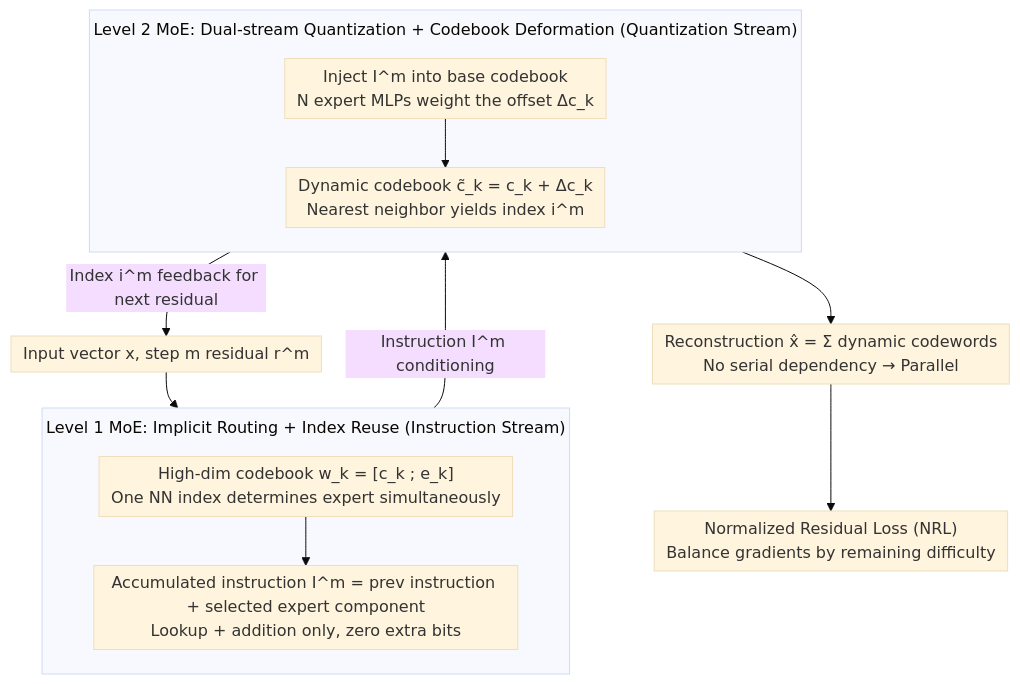
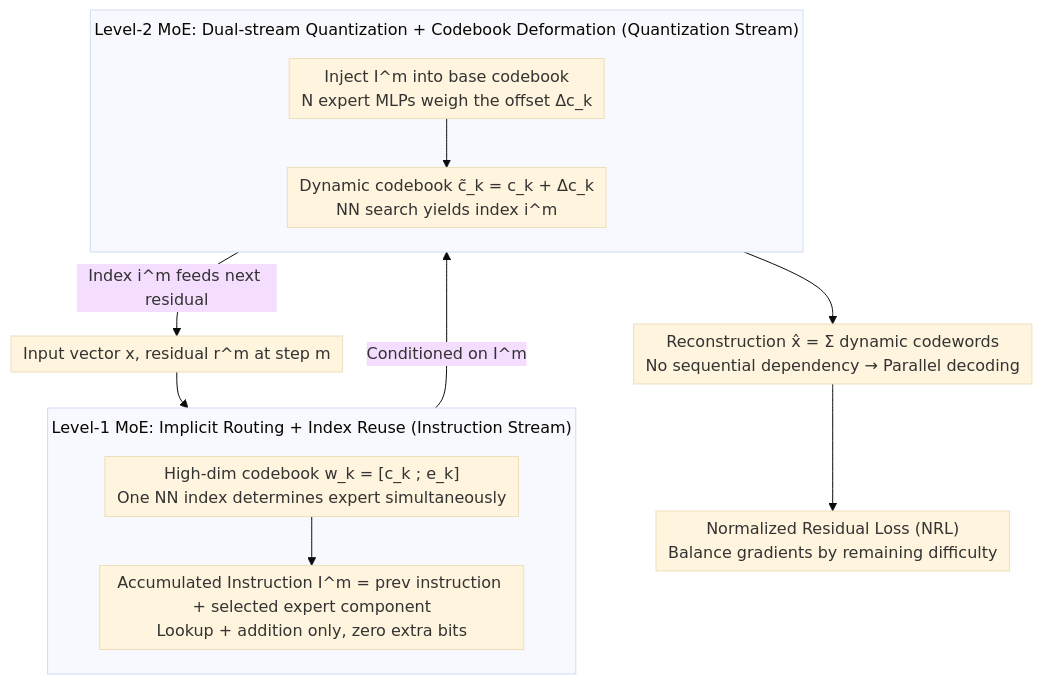
One commit to zhaoyang97/Paper-Notes-en changed the diagram in docs/ICML2026/model_compression/rq-moe_residual_quantization_via_mixture_of_experts_for_efficient_input-dependen.md. Above: the diagram before and after it, drawn with Mermaid (base theme). The commit also changed other lines of this file and 5084 other files, not shown here.

````diff
--- a/docs/ICML2026/model_compression/rq-moe_residual_quantization_via_mixture_of_experts_for_efficient_input-dependen.md
+++ b/docs/ICML2026/model_compression/rq-moe_residual_quantization_via_mixture_of_experts_for_efficient_input-dependen.md
@@ -49,25 +49,25 @@
 ```mermaid
 %%{init: {'flowchart': {'rankSpacing': 24, 'nodeSpacing': 28, 'padding': 6, 'wrappingWidth': 400, 'subGraphTitleMargin': {'top': 8, 'bottom': 16}}}}%%
 flowchart TD
-    X["Input vector x, step m residual r^m"]
+    X["Input vector x, residual r^m at step m"]
 
-    subgraph INS["Level 1 MoE: Implicit Routing + Index Reuse (Instruction Stream)"]
+    subgraph INS["Level-1 MoE: Implicit Routing + Index Reuse (Instruction Stream)"]
         direction TB
         I1["High-dim codebook w_k = [c_k ; e_k]<br/>One NN index determines expert simultaneously"]
-        I2["Accumulated instruction I^m = prev instruction + selected expert component<br/>Lookup + addition only, zero extra bits"]
+        I2["Accumulated Instruction I^m = prev instruction + selected expert component<br/>Lookup + addition only, zero extra bits"]
         I1 --> I2
     end
 
-    subgraph QNT["Level 2 MoE: Dual-stream Quantization + Codebook Deformation (Quantization Stream)"]
+    subgraph QNT["Level-2 MoE: Dual-stream Quantization + Codebook Deformation (Quantization Stream)"]
         direction TB
-        Q1["Inject I^m into base codebook<br/>N expert MLPs weight the offset Δc_k"]
-        Q2["Dynamic codebook c̃_k = c_k + Δc_k<br/>Nearest neighbor yields index i^m"]
+        Q1["Inject I^m into base codebook<br/>N expert MLPs weigh the offset Δc_k"]
+        Q2["Dynamic codebook c̃_k = c_k + Δc_k<br/>NN search yields index i^m"]
         Q1 --> Q2
     end
 
     X --> INS
-    INS -->|"Instruction I^m conditioning"| QNT
-    QNT -->|"Index i^m feedback for next residual"| X
-    QNT --> REC["Reconstruction x̂ = Σ dynamic codewords<br/>No serial dependency → Parallel"]
+    INS -->|"Conditioned on I^m"| QNT
+    QNT -->|"Index i^m feeds next residual"| X
+    QNT --> REC["Reconstruction x̂ = Σ dynamic codewords<br/>No sequential dependency → Parallel decoding"]
     REC --> NRL["Normalized Residual Loss (NRL)<br/>Balance gradients by remaining difficulty"]
 ```
````
